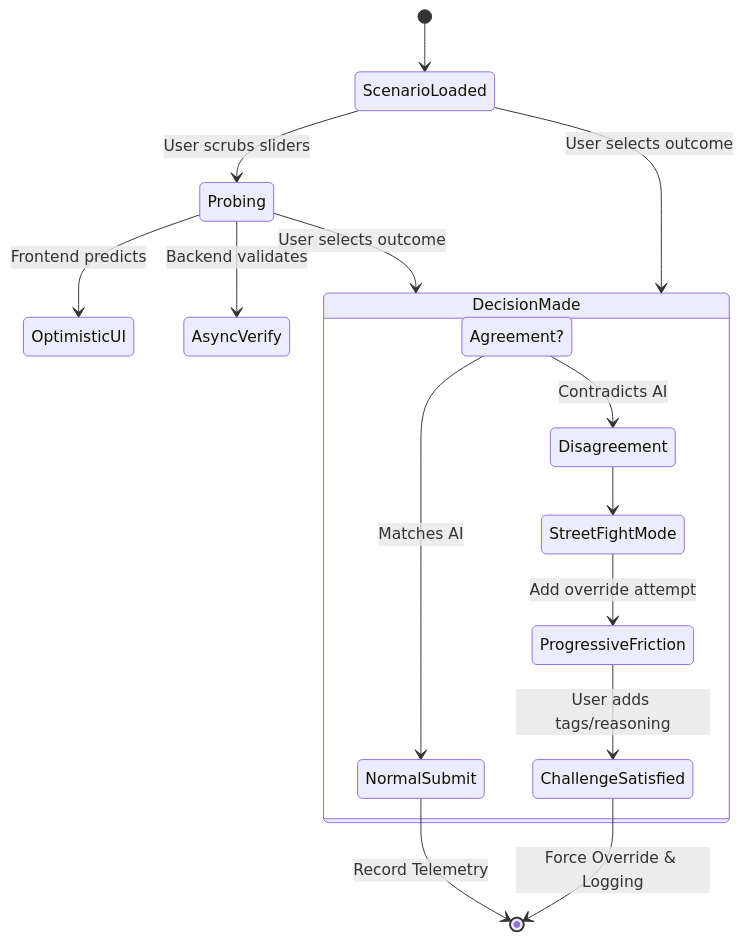
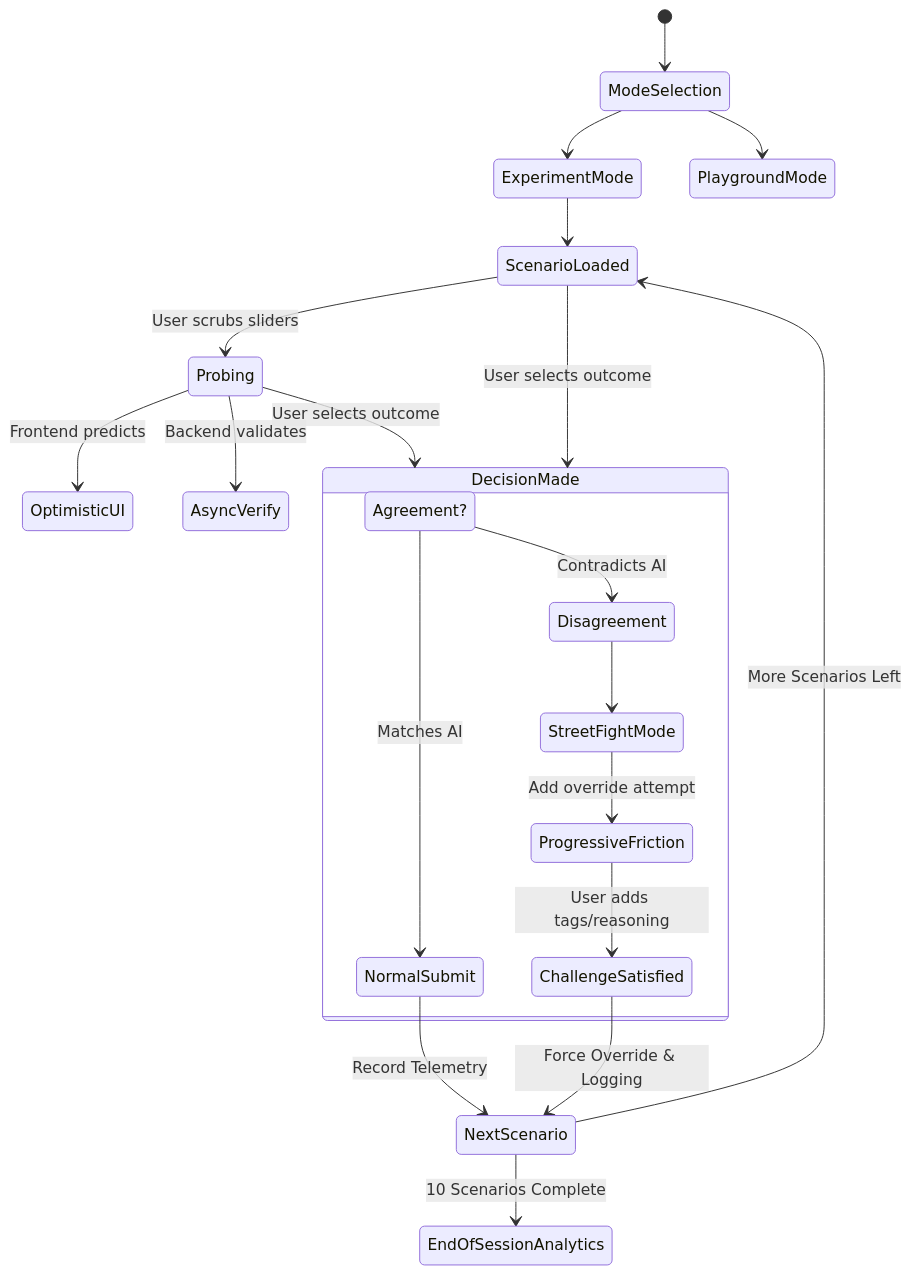
The second of 2 diagrams in README.md (AmishhYadav/TrustLab), drawn with Mermaid before and after one commit. The commit also changed other lines of this file and 10 other files, not shown here.

Commit message:
feat: implement experiment mode with progress tracking and session summary UI

````diff
--- a/README.md
+++ b/README.md
@@ -63,24 +67,32 @@
 ```mermaid
 stateDiagram-v2
-    [*] --> ScenarioLoaded
+    [*] --> ModeSelection
+    
+    ModeSelection --> ExperimentMode
+    ModeSelection --> PlaygroundMode
+    
+    ExperimentMode --> ScenarioLoaded
     
     ScenarioLoaded --> Probing: User scrubs sliders
     Probing --> OptimisticUI: Frontend predicts
     Probing --> AsyncVerify: Backend validates
     
     ScenarioLoaded --> DecisionMade: User selects outcome
     Probing --> DecisionMade: User selects outcome
     
     state DecisionMade {
         state "Agreement?" as Choice
         Choice --> NormalSubmit: Matches AI
         Choice --> Disagreement: Contradicts AI
         
         Disagreement --> StreetFightMode
         StreetFightMode --> ProgressiveFriction: Add override attempt
         ProgressiveFriction --> ChallengeSatisfied: User adds tags/reasoning
     }
     
-    NormalSubmit --> [*]: Record Telemetry
-    ChallengeSatisfied --> [*]: Force Override & Logging
+    NormalSubmit --> NextScenario: Record Telemetry
+    ChallengeSatisfied --> NextScenario: Force Override & Logging
+    
+    NextScenario --> ScenarioLoaded: More Scenarios Left
+    NextScenario --> EndOfSessionAnalytics: 10 Scenarios Complete
 ```
````
